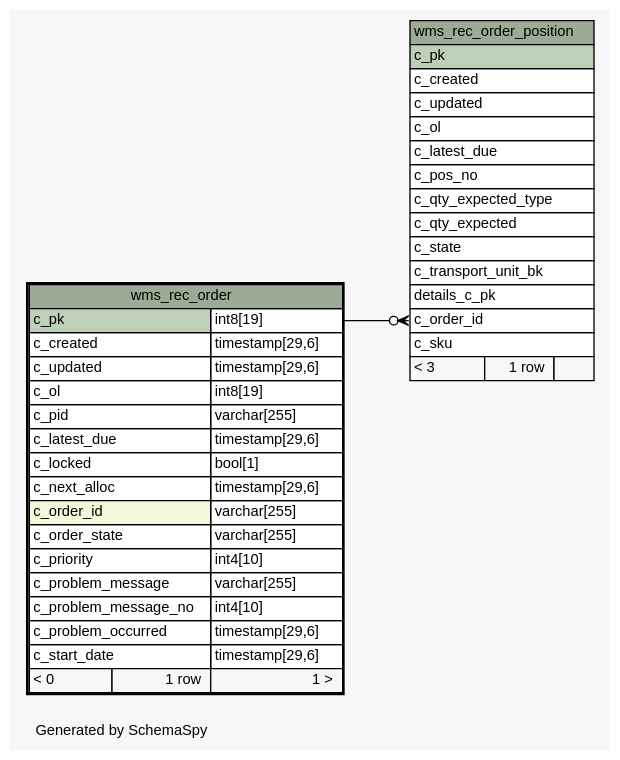
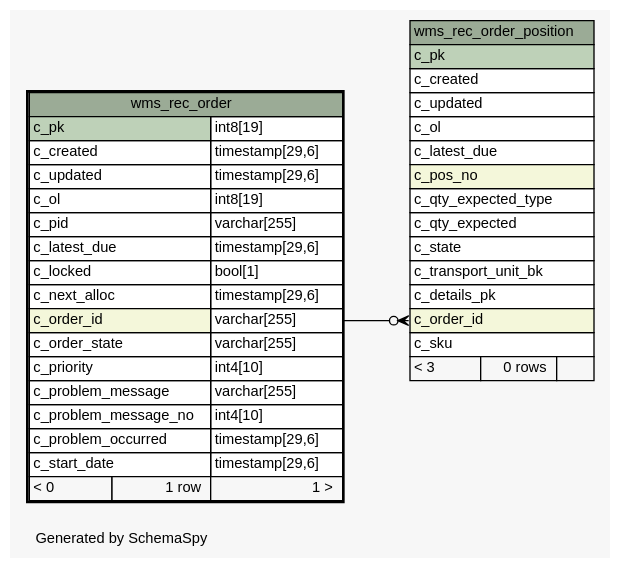
One commit to openwms/org.openwms.wms.receiving.lib changed the diagram in schemaspy/diagrams/wms_rec_order.1degree.dot. Above: the diagram before and after it, drawn with Graphviz. The commit also changed 200 other files, not shown here.

```diff
--- a/schemaspy/diagrams/wms_rec_order.1degree.dot
+++ b/schemaspy/diagrams/wms_rec_order.1degree.dot
@@ -1,69 +1,69 @@
 // dot 2.36.0 on Linux 4.4.0-101-generic
 // SchemaSpy rev Unknown
 digraph "oneDegreeRelationshipsDiagram" {
   graph [
     rankdir="RL"
     bgcolor="#f7f7f7"
     label="\nGenerated by SchemaSpy"
     labeljust="l"
     nodesep="0.18"
     ranksep="0.46"
     fontname="Helvetica"
     fontsize="11"
   ];
   node [
     fontname="Helvetica"
     fontsize="11"
     shape="plaintext"
   ];
   edge [
     arrowsize="0.8"
   ];
-  "wms_rec_order_position":"c_order_id":w -> "wms_rec_order":"c_pk.type":e [arrowhead=none dir=back arrowtail=crowodot];
+  "wms_rec_order_position":"c_order_id":w -> "wms_rec_order":"c_order_id.type":e [arrowhead=none dir=back arrowtail=crowodot];
   "wms_rec_order" [
     label=<
     <TABLE BORDER="2" CELLBORDER="1" CELLSPACING="0" BGCOLOR="#ffffff">
       <TR><TD COLSPAN="3" BGCOLOR="#9bab96" ALIGN="CENTER">wms_rec_order</TD></TR>
       <TR><TD PORT="c_pk" COLSPAN="2" BGCOLOR="#bed1b8" ALIGN="LEFT">c_pk</TD><TD PORT="c_pk.type" ALIGN="LEFT">int8[19]</TD></TR>
       <TR><TD PORT="c_created" COLSPAN="2" ALIGN="LEFT">c_created</TD><TD PORT="c_created.type" ALIGN="LEFT">timestamp[29,6]</TD></TR>
       <TR><TD PORT="c_updated" COLSPAN="2" ALIGN="LEFT">c_updated</TD><TD PORT="c_updated.type" ALIGN="LEFT">timestamp[29,6]</TD></TR>
       <TR><TD PORT="c_ol" COLSPAN="2" ALIGN="LEFT">c_ol</TD><TD PORT="c_ol.type" ALIGN="LEFT">int8[19]</TD></TR>
       <TR><TD PORT="c_pid" COLSPAN="2" ALIGN="LEFT">c_pid</TD><TD PORT="c_pid.type" ALIGN="LEFT">varchar[255]</TD></TR>
       <TR><TD PORT="c_latest_due" COLSPAN="2" ALIGN="LEFT">c_latest_due</TD><TD PORT="c_latest_due.type" ALIGN="LEFT">timestamp[29,6]</TD></TR>
       <TR><TD PORT="c_locked" COLSPAN="2" ALIGN="LEFT">c_locked</TD><TD PORT="c_locked.type" ALIGN="LEFT">bool[1]</TD></TR>
       <TR><TD PORT="c_next_alloc" COLSPAN="2" ALIGN="LEFT">c_next_alloc</TD><TD PORT="c_next_alloc.type" ALIGN="LEFT">timestamp[29,6]</TD></TR>
       <TR><TD PORT="c_order_id" COLSPAN="2" BGCOLOR="#f4f7da" ALIGN="LEFT">c_order_id</TD><TD PORT="c_order_id.type" ALIGN="LEFT">varchar[255]</TD></TR>
       <TR><TD PORT="c_order_state" COLSPAN="2" ALIGN="LEFT">c_order_state</TD><TD PORT="c_order_state.type" ALIGN="LEFT">varchar[255]</TD></TR>
       <TR><TD PORT="c_priority" COLSPAN="2" ALIGN="LEFT">c_priority</TD><TD PORT="c_priority.type" ALIGN="LEFT">int4[10]</TD></TR>
       <TR><TD PORT="c_problem_message" COLSPAN="2" ALIGN="LEFT">c_problem_message</TD><TD PORT="c_problem_message.type" ALIGN="LEFT">varchar[255]</TD></TR>
       <TR><TD PORT="c_problem_message_no" COLSPAN="2" ALIGN="LEFT">c_problem_message_no</TD><TD PORT="c_problem_message_no.type" ALIGN="LEFT">int4[10]</TD></TR>
       <TR><TD PORT="c_problem_occurred" COLSPAN="2" ALIGN="LEFT">c_problem_occurred</TD><TD PORT="c_problem_occurred.type" ALIGN="LEFT">timestamp[29,6]</TD></TR>
       <TR><TD PORT="c_start_date" COLSPAN="2" ALIGN="LEFT">c_start_date</TD><TD PORT="c_start_date.type" ALIGN="LEFT">timestamp[29,6]</TD></TR>
       <TR><TD ALIGN="LEFT" BGCOLOR="#f7f7f7">&lt; 0</TD><TD ALIGN="RIGHT" BGCOLOR="#f7f7f7">1 row</TD><TD ALIGN="RIGHT" BGCOLOR="#f7f7f7">1 &gt;</TD></TR>
     </TABLE>>
     URL="wms_rec_order.html"
     tooltip="wms_rec_order"
   ];
   "wms_rec_order_position" [
     label=<
     <TABLE BORDER="0" CELLBORDER="1" CELLSPACING="0" BGCOLOR="#ffffff">
       <TR><TD COLSPAN="3" BGCOLOR="#9bab96" ALIGN="CENTER">wms_rec_order_position</TD></TR>
       <TR><TD PORT="c_pk" COLSPAN="3" BGCOLOR="#bed1b8" ALIGN="LEFT">c_pk</TD></TR>
       <TR><TD PORT="c_created" COLSPAN="3" ALIGN="LEFT">c_created</TD></TR>
       <TR><TD PORT="c_updated" COLSPAN="3" ALIGN="LEFT">c_updated</TD></TR>
       <TR><TD PORT="c_ol" COLSPAN="3" ALIGN="LEFT">c_ol</TD></TR>
       <TR><TD PORT="c_latest_due" COLSPAN="3" ALIGN="LEFT">c_latest_due</TD></TR>
-      <TR><TD PORT="c_pos_no" COLSPAN="3" ALIGN="LEFT">c_pos_no</TD></TR>
+      <TR><TD PORT="c_pos_no" COLSPAN="3" BGCOLOR="#f4f7da" ALIGN="LEFT">c_pos_no</TD></TR>
       <TR><TD PORT="c_qty_expected_type" COLSPAN="3" ALIGN="LEFT">c_qty_expected_type</TD></TR>
       <TR><TD PORT="c_qty_expected" COLSPAN="3" ALIGN="LEFT">c_qty_expected</TD></TR>
       <TR><TD PORT="c_state" COLSPAN="3" ALIGN="LEFT">c_state</TD></TR>
       <TR><TD PORT="c_transport_unit_bk" COLSPAN="3" ALIGN="LEFT">c_transport_unit_bk</TD></TR>
-      <TR><TD PORT="details_c_pk" COLSPAN="3" ALIGN="LEFT">details_c_pk</TD></TR>
-      <TR><TD PORT="c_order_id" COLSPAN="3" ALIGN="LEFT">c_order_id</TD></TR>
+      <TR><TD PORT="c_details_pk" COLSPAN="3" ALIGN="LEFT">c_details_pk</TD></TR>
+      <TR><TD PORT="c_order_id" COLSPAN="3" BGCOLOR="#f4f7da" ALIGN="LEFT">c_order_id</TD></TR>
       <TR><TD PORT="c_sku" COLSPAN="3" ALIGN="LEFT">c_sku</TD></TR>
-      <TR><TD ALIGN="LEFT" BGCOLOR="#f7f7f7">&lt; 3</TD><TD ALIGN="RIGHT" BGCOLOR="#f7f7f7">1 row</TD><TD ALIGN="RIGHT" BGCOLOR="#f7f7f7">  </TD></TR>
+      <TR><TD ALIGN="LEFT" BGCOLOR="#f7f7f7">&lt; 3</TD><TD ALIGN="RIGHT" BGCOLOR="#f7f7f7">0 rows</TD><TD ALIGN="RIGHT" BGCOLOR="#f7f7f7">  </TD></TR>
     </TABLE>>
     URL="wms_rec_order_position.html"
     tooltip="wms_rec_order_position"
   ];
 }
```
